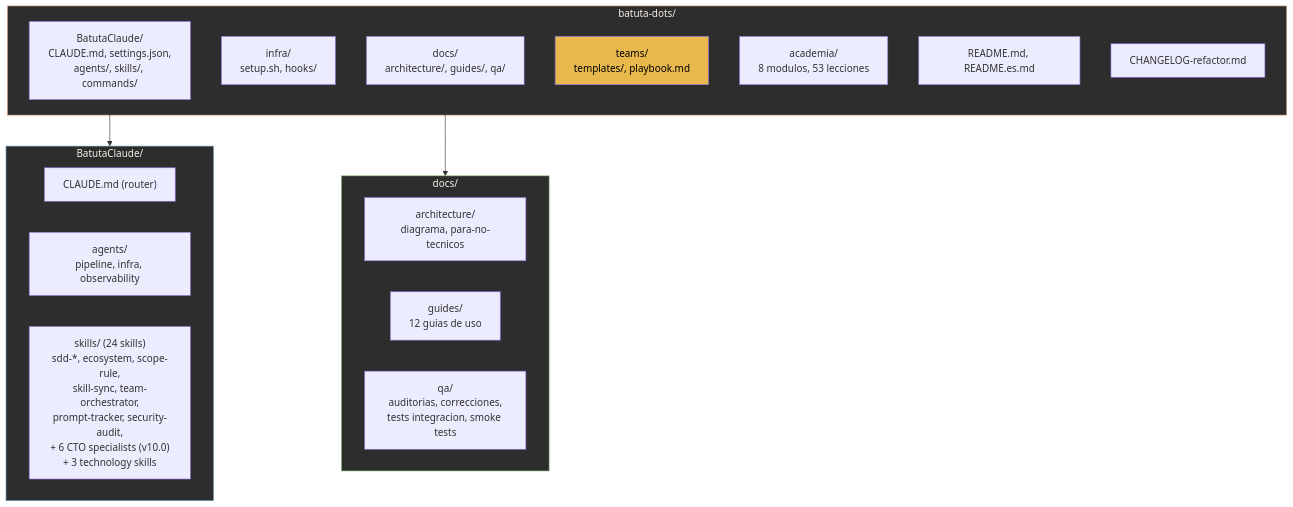
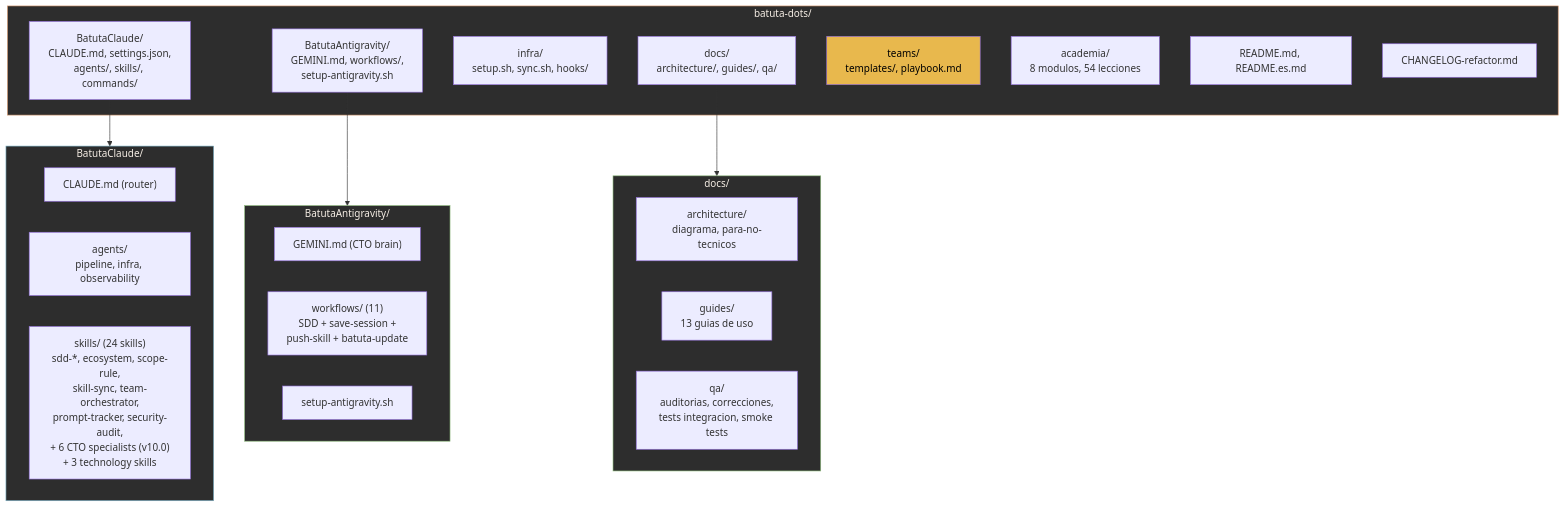
One commit to jota-batuta/batuta-dots changed diagram 24 of 24 in docs/architecture/arquitectura-diagrama.md. Above: the diagram before and after it, drawn with Mermaid. The commit also changed other lines of this file and 49 other files, not shown here.

First line of the commit message:
feat: v10.2 Multi-Platform Support — BatutaAntigravity + bidirectional sync

````diff
--- a/docs/architecture/arquitectura-diagrama.md
+++ b/docs/architecture/arquitectura-diagrama.md
@@ -830,32 +872,41 @@
 ```mermaid
 flowchart TD
     subgraph ROOT["batuta-dots/"]
         CLAUDE_DIR["BatutaClaude/<br/>CLAUDE.md, settings.json,<br/>agents/, skills/, commands/"]
-        INFRA_DIR["infra/<br/>setup.sh, hooks/"]
+        ANTIGRAVITY_DIR["BatutaAntigravity/<br/>GEMINI.md, workflows/,<br/>setup-antigravity.sh"]
+        INFRA_DIR["infra/<br/>setup.sh, sync.sh, hooks/"]
         DOCS["docs/<br/>architecture/, guides/, qa/"]
         TEAMS["teams/<br/>templates/, playbook.md"]
-        ACADEMIA["academia/<br/>8 modulos, 53 lecciones"]
+        ACADEMIA["academia/<br/>8 modulos, 54 lecciones"]
         README["README.md, README.es.md"]
         CHANGELOG["CHANGELOG-refactor.md"]
     end
 
     subgraph CLAUDE_DETAIL["BatutaClaude/"]
         CLAUDE_MD["CLAUDE.md (router)"]
         AGENTS["agents/<br/>pipeline, infra, observability"]
         SKILLS_24["skills/ (24 skills)<br/>sdd-*, ecosystem, scope-rule,<br/>skill-sync, team-orchestrator,<br/>prompt-tracker, security-audit,<br/>+ 6 CTO specialists (v10.0)<br/>+ 3 technology skills"]
     end
 
+    subgraph ANTIGRAVITY_DETAIL["BatutaAntigravity/"]
+        GEMINI_MD["GEMINI.md (CTO brain)"]
+        WORKFLOWS["workflows/ (11)<br/>SDD + save-session +<br/>push-skill + batuta-update"]
+        SETUP_AG["setup-antigravity.sh"]
+    end
+
     subgraph DOCS_DETAIL["docs/"]
         ARCH["architecture/<br/>diagrama, para-no-tecnicos"]
-        GUIDES["guides/<br/>12 guias de uso"]
+        GUIDES["guides/<br/>13 guias de uso"]
         QA["qa/<br/>auditorias, correcciones,<br/>tests integracion, smoke tests"]
     end
 
     CLAUDE_DIR --> CLAUDE_DETAIL
+    ANTIGRAVITY_DIR --> ANTIGRAVITY_DETAIL
     DOCS --> DOCS_DETAIL
 
     style ROOT fill:#2d2d2d,stroke:#D4956A,color:#F5EDE4
     style CLAUDE_DETAIL fill:#2d2d2d,stroke:#7AAFC4,color:#F5EDE4
+    style ANTIGRAVITY_DETAIL fill:#2d2d2d,stroke:#8BB87A,color:#F5EDE4
     style DOCS_DETAIL fill:#2d2d2d,stroke:#8BB87A,color:#F5EDE4
     style TEAMS fill:#E8B84D,color:#000
 ```
````
